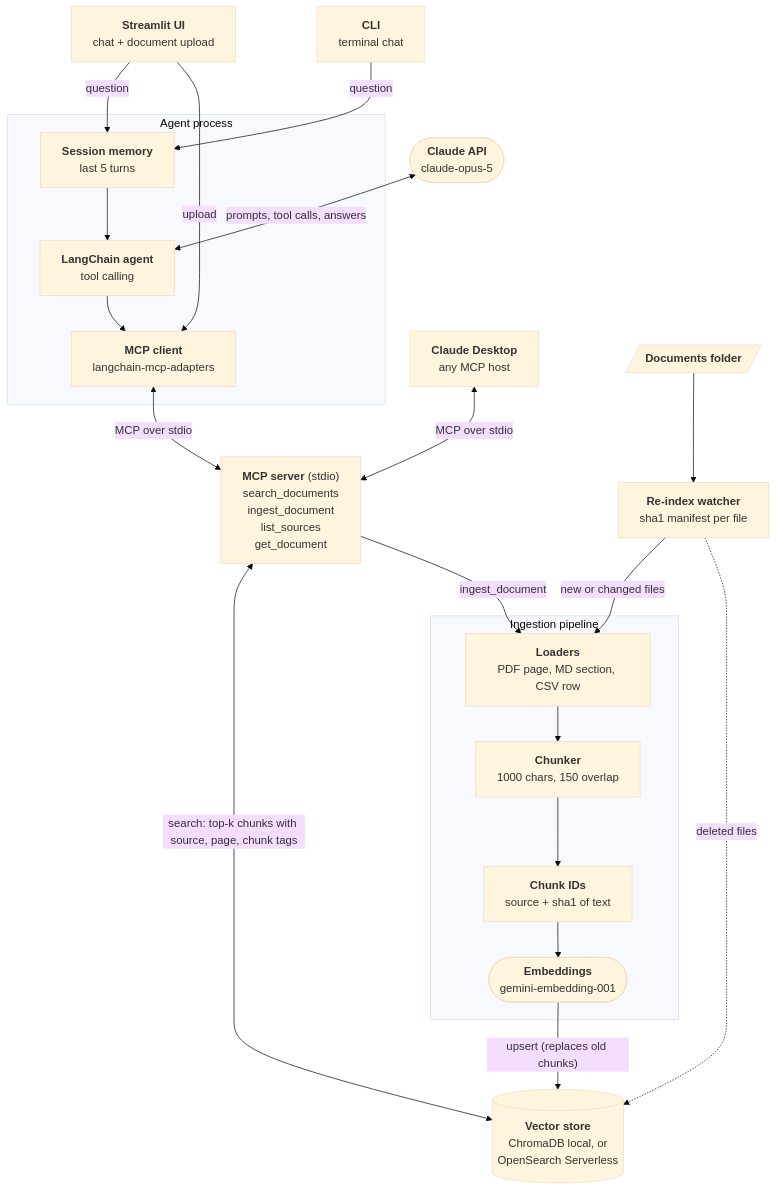
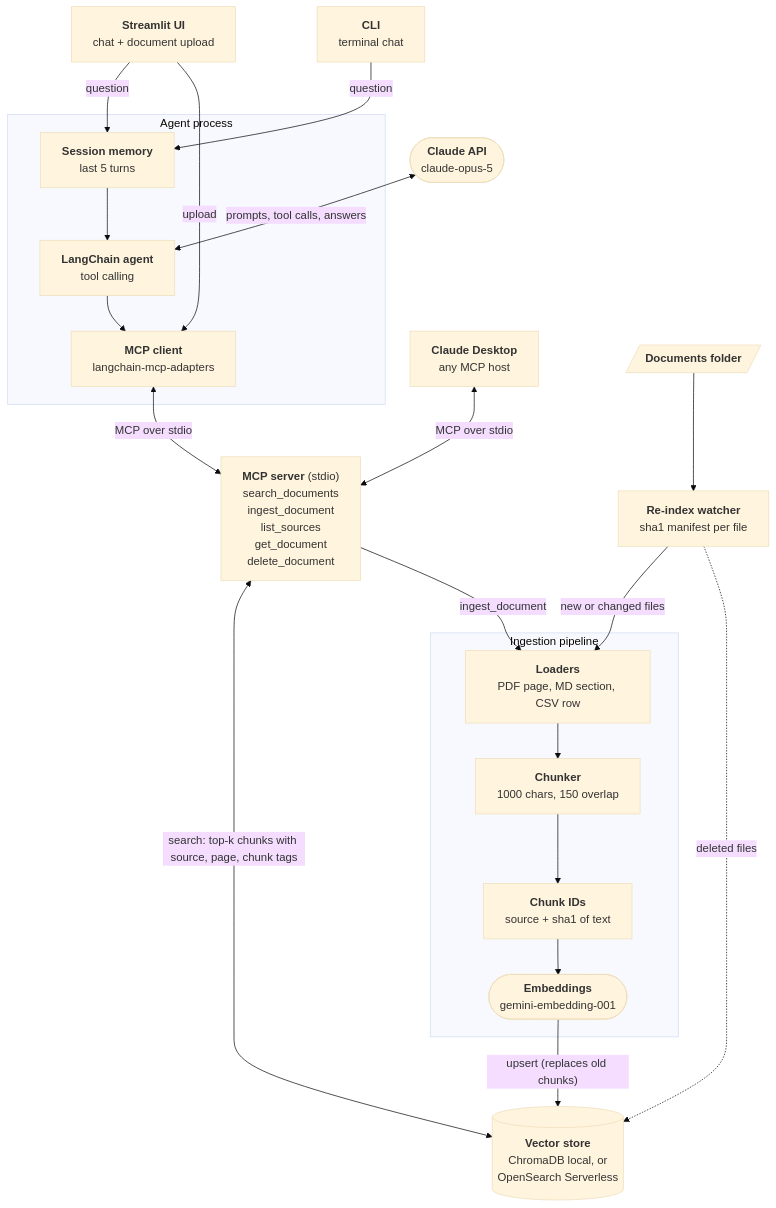
One commit to Majody21/rag-agent-system changed the diagram in README.md. Above: the diagram before and after it, drawn with Mermaid (base theme). The commit also changed other lines of this file and 2 other files, not shown here.

Commit message:
Show delete_document in the diagram and MCP tool table

````diff
--- a/README.md
+++ b/README.md
@@ -43,61 +43,62 @@
 ```mermaid
 flowchart TB
     UI["`**Streamlit UI**
     chat + document upload`"]
     CLI["`**CLI**
     terminal chat`"]
     CD["`**Claude Desktop**
     any MCP host`"]
 
     subgraph AGENT["Agent process"]
         SES["`**Session memory**
         last 5 turns`"]
         AG["`**LangChain agent**
         tool calling`"]
         MCPC["`**MCP client**
         langchain-mcp-adapters`"]
     end
 
     LLM(["`**Claude API**
     claude-opus-5`"])
 
     MCPS["`**MCP server** (stdio)
     search_documents
     ingest_document
     list_sources
-    get_document`"]
+    get_document
+    delete_document`"]
 
     subgraph INGEST["Ingestion pipeline"]
         LD["`**Loaders**
         PDF page, MD section, CSV row`"]
         CH["`**Chunker**
         1000 chars, 150 overlap`"]
         HID["`**Chunk IDs**
         source + sha1 of text`"]
         EMB(["`**Embeddings**
         gemini-embedding-001`"])
     end
 
     DOCS[/"`**Documents folder**`"/]
     RW["`**Re-index watcher**
     sha1 manifest per file`"]
 
     VS[("`**Vector store**
     ChromaDB local, or
     OpenSearch Serverless`")]
 
     UI -- question --> SES
     CLI -- question --> SES
     SES --> AG
     LLM <-- "prompts, tool calls, answers" --> AG
     AG --> MCPC
     MCPC <-- "MCP over stdio" --> MCPS
     CD <-- "MCP over stdio" --> MCPS
     MCPS <-- "search: top-k chunks with source, page, chunk tags" --> VS
     MCPS -- ingest_document --> LD
     UI -- upload --> MCPC
     DOCS --> RW
     RW -- "new or changed files" --> LD
     RW -. "deleted files" .-> VS
     LD --> CH --> HID --> EMB -- "upsert (replaces old chunks)" --> VS
 ```
````
